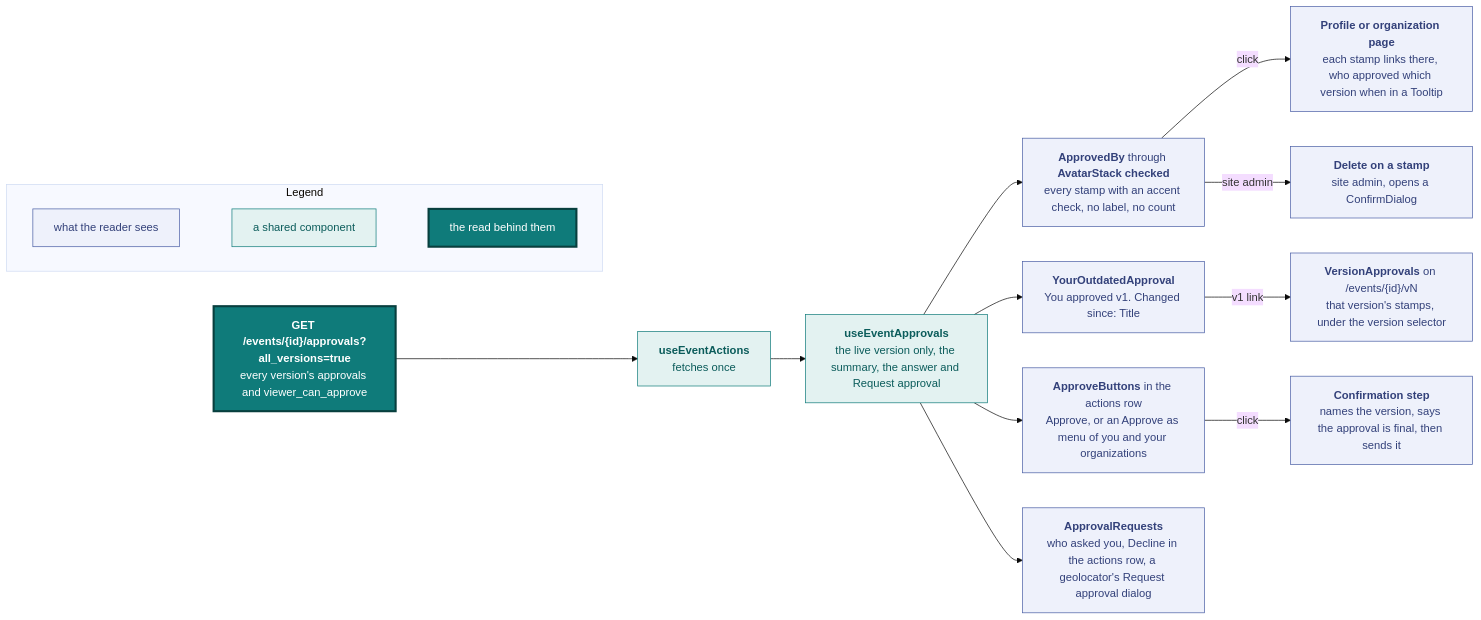
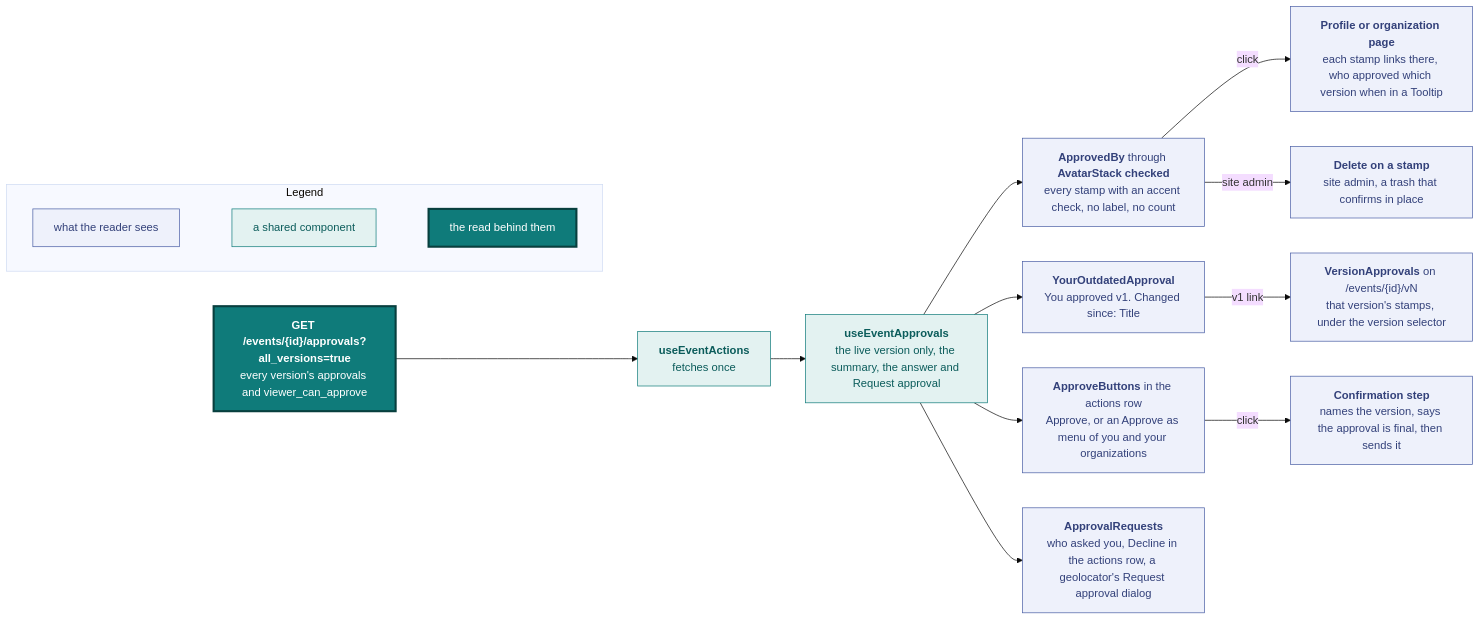
Diagram 12 of 21 in docs/design.md (vidithq/vidit), drawn with Mermaid (base theme) before and after one commit. The commit also changed other lines of this file and 38 other files, not shown here.

````diff
--- a/docs/design.md
+++ b/docs/design.md
@@ -1131,47 +1131,47 @@
 ```mermaid
 flowchart LR
   classDef spec fill:#eef1fb,stroke:#4a5fa5,color:#33417a
   classDef shared fill:#e3f2f1,stroke:#0f7b7a,color:#0b5c5b
   classDef core fill:#0f7b7a,stroke:#083f3e,stroke-width:3px,color:#ffffff
 
   subgraph legend [Legend]
     direction LR
     l1["`what the reader sees`"]:::spec
     l2["`a shared component`"]:::shared
     l3["`the read behind them`"]:::core
     l1 ~~~ l2 ~~~ l3
   end
 
   read["`**GET /events/{id}/approvals?all_versions=true**
   every version's approvals and viewer_can_approve`"]:::core
   hook["`**useEventActions**
   fetches once`"]:::shared
   card["`**useEventApprovals**
   the live version only, the summary, the answer and Request approval`"]:::shared
   stamps["`**ApprovedBy** through **AvatarStack checked**
   every stamp with an accent check, no label, no count`"]:::spec
   page["`**Profile or organization page**
   each stamp links there, who approved which version when in a Tooltip`"]:::spec
   own["`**YourOutdatedApproval**
   You approved v1. Changed since: Title`"]:::spec
   approve["`**ApproveButtons** in the actions row
   Approve, or an Approve as menu of you and your organizations`"]:::spec
   confirm["`**Confirmation step**
   names the version, says the approval is final, then sends it`"]:::spec
   requests["`**ApprovalRequests**
   who asked you, Decline in the actions row, a geolocator's Request approval dialog`"]:::spec
   remove["`**Delete on a stamp**
-  site admin, opens a ConfirmDialog`"]:::spec
+  site admin, a trash that confirms in place`"]:::spec
   vn["`**VersionApprovals** on /events/{id}/vN
   that version's stamps, under the version selector`"]:::spec
 
   read --> hook --> card
   card --> stamps
   card --> own
   card --> approve
   card --> requests
   stamps -->|"click"| page
   stamps -->|"site admin"| remove
   approve -->|"click"| confirm
   own -->|"v1 link"| vn
 ```
````
